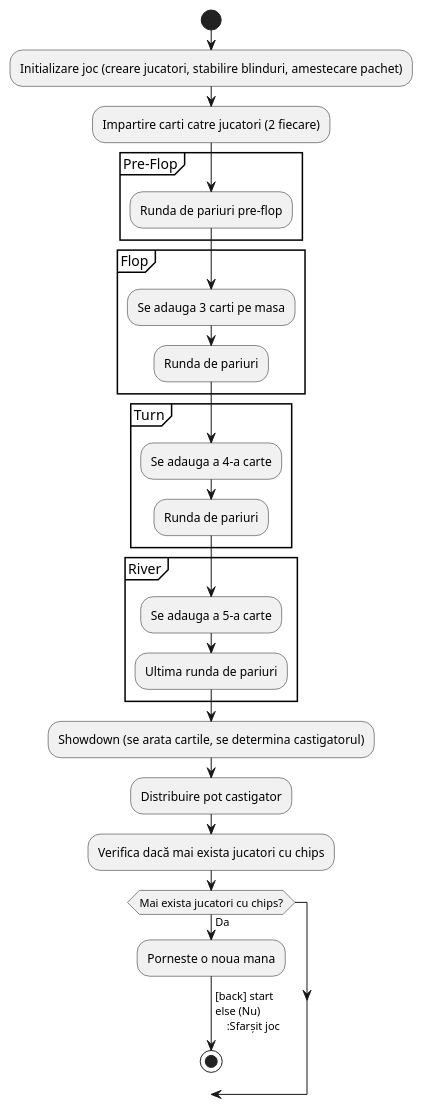
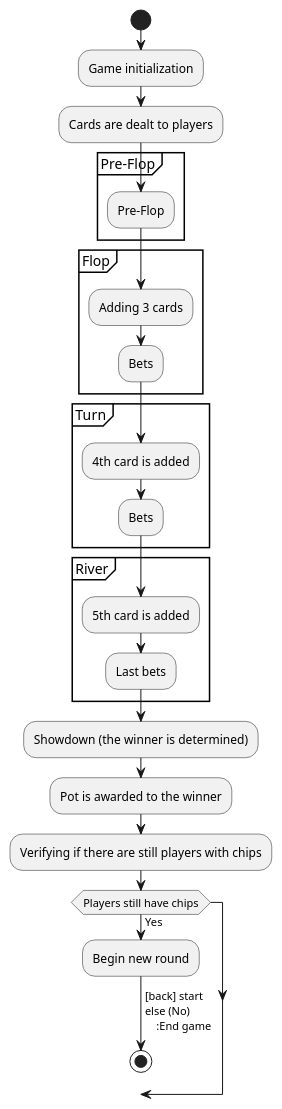
The diagram in docs/WorkflowDiagram.puml (Broski-Corporation/Broski-Poker), drawn with PlantUML before and after one commit. The commit also changed 3 other files, not shown here.

```diff
--- a/docs/WorkflowDiagram.puml
+++ b/docs/WorkflowDiagram.puml
@@ -1,40 +1,40 @@
 @startuml
 start
 
-:Initializare joc (creare jucatori, stabilire blinduri, amestecare pachet);
+:Game initialization;
 
-:Impartire carti catre jucatori (2 fiecare);
+:Cards are dealt to players;
 
 partition "Pre-Flop" {
-    :Runda de pariuri pre-flop;
+    :Pre-Flop;
 }
 
 partition "Flop" {
-    :Se adauga 3 carti pe masa;
-    :Runda de pariuri;
+    :Adding 3 cards;
+    :Bets;
 }
 
 partition "Turn" {
-    :Se adauga a 4-a carte;
-    :Runda de pariuri;
+    :4th card is added;
+    :Bets;
 }
 
 partition "River" {
-    :Se adauga a 5-a carte;
-    :Ultima runda de pariuri;
+    :5th card is added;
+    :Last bets;
 }
 
-:Showdown (se arata cartile, se determina castigatorul);
+:Showdown (the winner is determined);
 
-:Distribuire pot castigator;
+:Pot is awarded to the winner;
 
-:Verifica dacă mai exista jucatori cu chips;
-if (Mai exista jucatori cu chips?) then (Da)
-    :Porneste o noua mana;
+:Verifying if there are still players with chips;
+if (Players still have chips) then (Yes)
+    :Begin new round;
     -> [back] start
-else (Nu)
-    :Sfarșit joc;
+else (No)
+    :End game;
     stop
 endif
 
 @enduml
```
